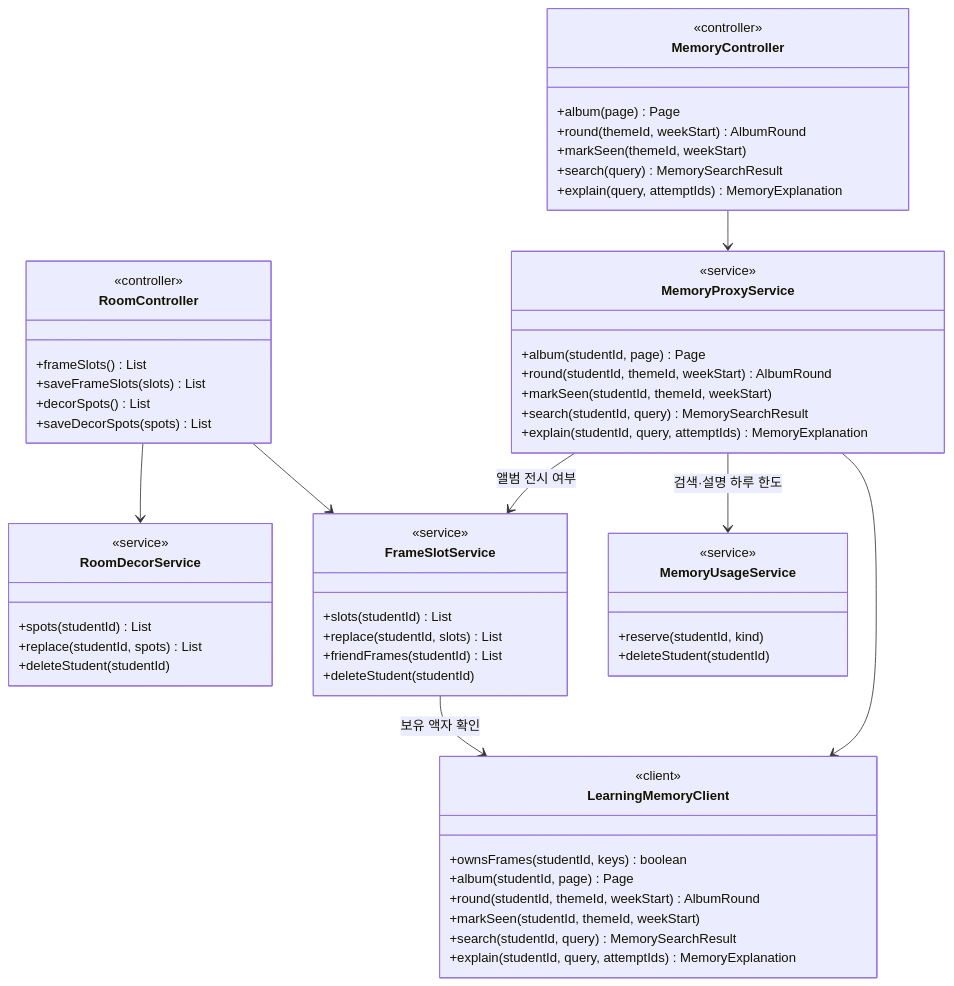
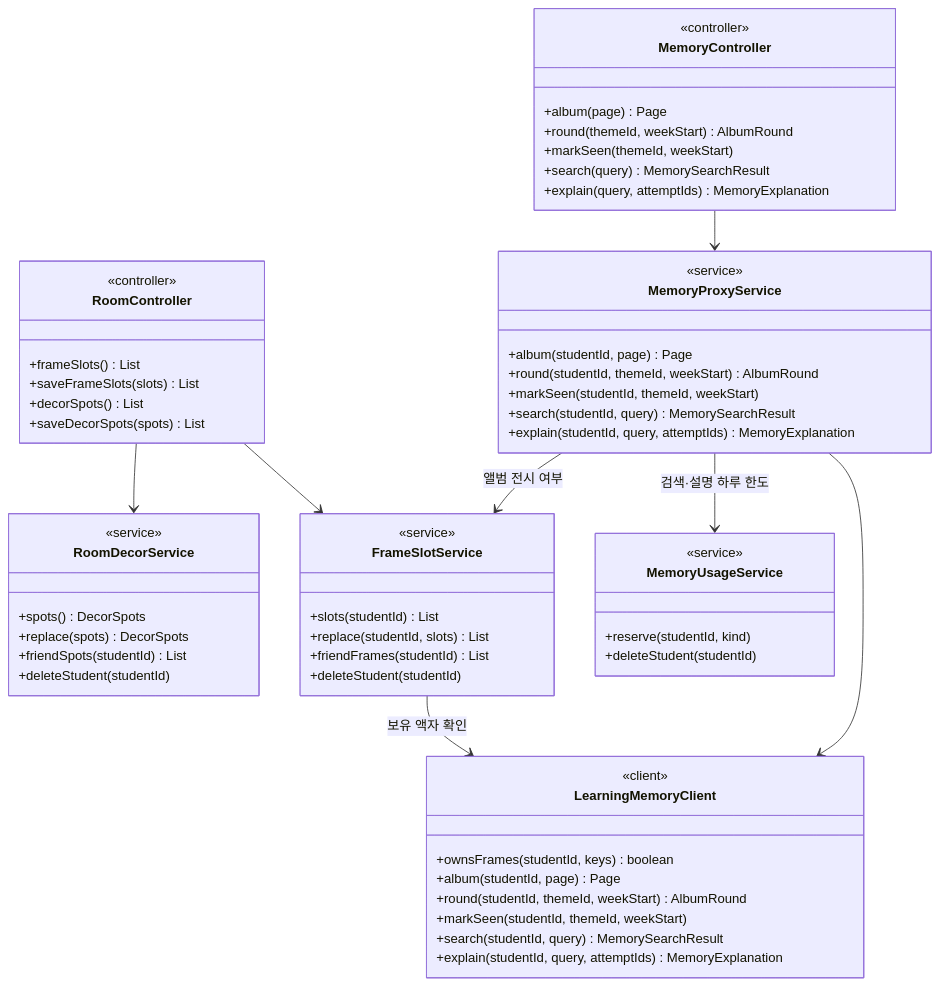
The ninth of 23 diagrams in docs/design/class-diagram.md (SKNETWORKS-FAMILY-AICAMP/SKN34-FINAL-3TEAM), drawn with Mermaid before and after one commit. The commit also changed other lines of this file and 17 other files, not shown here.

````diff
--- a/docs/design/class-diagram.md
+++ b/docs/design/class-diagram.md
@@ -1454,62 +1454,63 @@
 ```mermaid
 classDiagram
   direction TB
   class RoomController {
     <<controller>>
     +frameSlots() List
     +saveFrameSlots(slots) List
     +decorSpots() List
     +saveDecorSpots(spots) List
   }
   class RoomDecorService {
     <<service>>
-    +spots(studentId) List
-    +replace(studentId, spots) List
+    +spots() DecorSpots
+    +replace(spots) DecorSpots
+    +friendSpots(studentId) List
     +deleteStudent(studentId)
   }
   class MemoryController {
     <<controller>>
     +album(page) Page
     +round(themeId, weekStart) AlbumRound
     +markSeen(themeId, weekStart)
     +search(query) MemorySearchResult
     +explain(query, attemptIds) MemoryExplanation
   }
   class FrameSlotService {
     <<service>>
     +slots(studentId) List
     +replace(studentId, slots) List
     +friendFrames(studentId) List
     +deleteStudent(studentId)
   }
   class MemoryUsageService {
     <<service>>
     +reserve(studentId, kind)
     +deleteStudent(studentId)
   }
   class MemoryProxyService {
     <<service>>
     +album(studentId, page) Page
     +round(studentId, themeId, weekStart) AlbumRound
     +markSeen(studentId, themeId, weekStart)
     +search(studentId, query) MemorySearchResult
     +explain(studentId, query, attemptIds) MemoryExplanation
   }
   class LearningMemoryClient {
     <<client>>
     +ownsFrames(studentId, keys) boolean
     +album(studentId, page) Page
     +round(studentId, themeId, weekStart) AlbumRound
     +markSeen(studentId, themeId, weekStart)
     +search(studentId, query) MemorySearchResult
     +explain(studentId, query, attemptIds) MemoryExplanation
   }
 
   RoomController --> FrameSlotService
   RoomController --> RoomDecorService
   MemoryController --> MemoryProxyService
   FrameSlotService --> LearningMemoryClient : 보유 액자 확인
   MemoryProxyService --> MemoryUsageService : 검색·설명 하루 한도
   MemoryProxyService --> FrameSlotService : 앨범 전시 여부
   MemoryProxyService --> LearningMemoryClient
 ```
````
